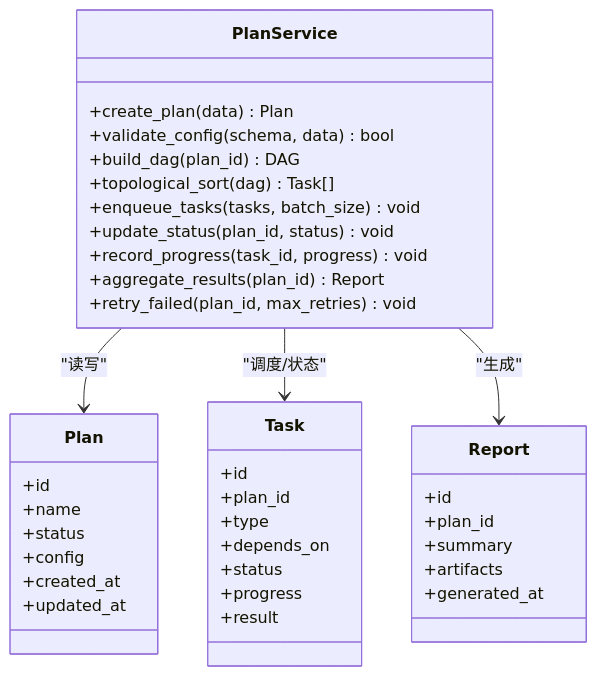
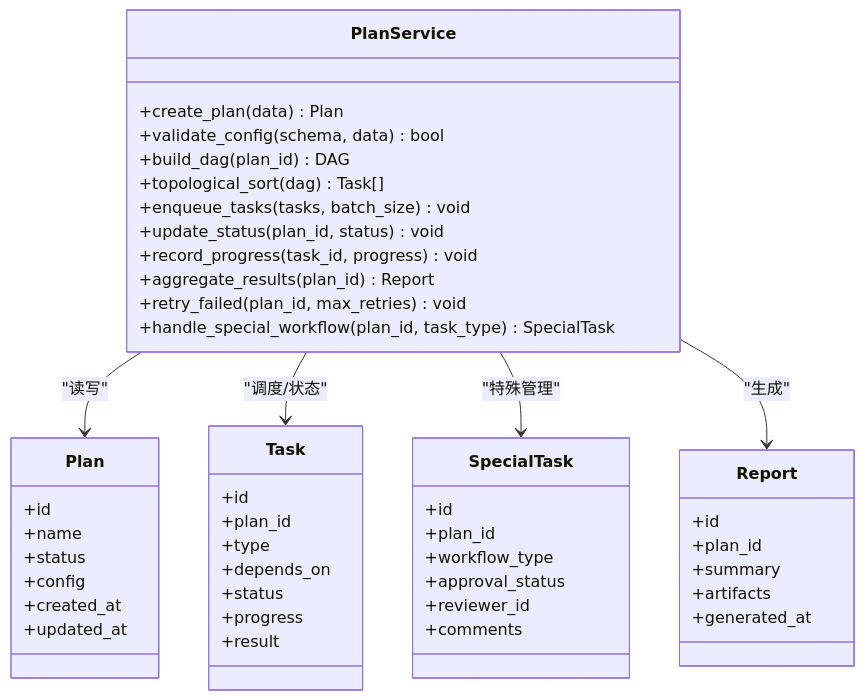
The third of 7 diagrams in .qoder/repowiki/zh/content/业务服务层/测试计划服务.md (vu1Art1st/talos), drawn with Mermaid before and after one commit. The commit also changed other lines of this file and 129 other files, not shown here.

````diff
--- a/.qoder/repowiki/zh/content/业务服务层/测试计划服务.md
+++ b/.qoder/repowiki/zh/content/业务服务层/测试计划服务.md
@@ -134,41 +159,51 @@
 ```mermaid
 classDiagram
 class PlanService {
 +create_plan(data) Plan
 +validate_config(schema, data) bool
 +build_dag(plan_id) DAG
 +topological_sort(dag) Task[]
 +enqueue_tasks(tasks, batch_size) void
 +update_status(plan_id, status) void
 +record_progress(task_id, progress) void
 +aggregate_results(plan_id) Report
 +retry_failed(plan_id, max_retries) void
++handle_special_workflow(plan_id, task_type) SpecialTask
 }
 class Plan {
 +id
 +name
 +status
 +config
 +created_at
 +updated_at
 }
 class Task {
 +id
 +plan_id
 +type
 +depends_on
 +status
 +progress
 +result
 }
+class SpecialTask {
++id
++plan_id
++workflow_type
++approval_status
++reviewer_id
++comments
+}
 class Report {
 +id
 +plan_id
 +summary
 +artifacts
 +generated_at
 }
 PlanService --> Plan : "读写"
 PlanService --> Task : "调度/状态"
+PlanService --> SpecialTask : "特殊管理"
 PlanService --> Report : "生成"
 ```
````
